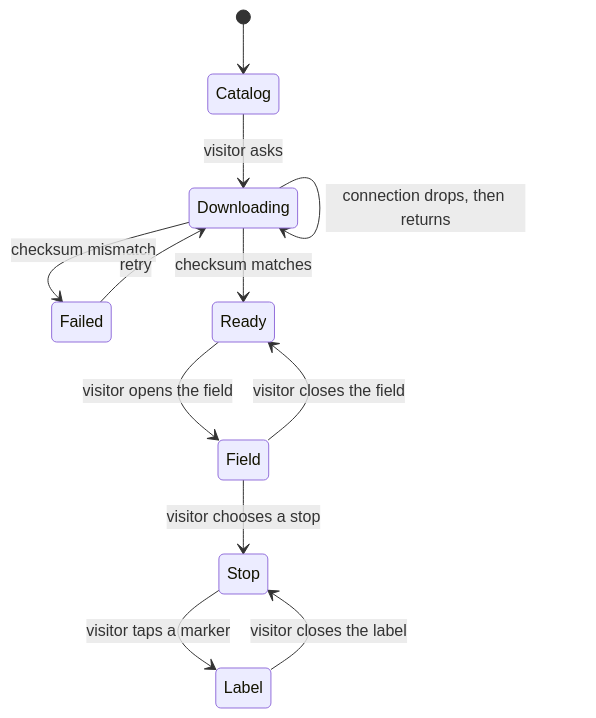
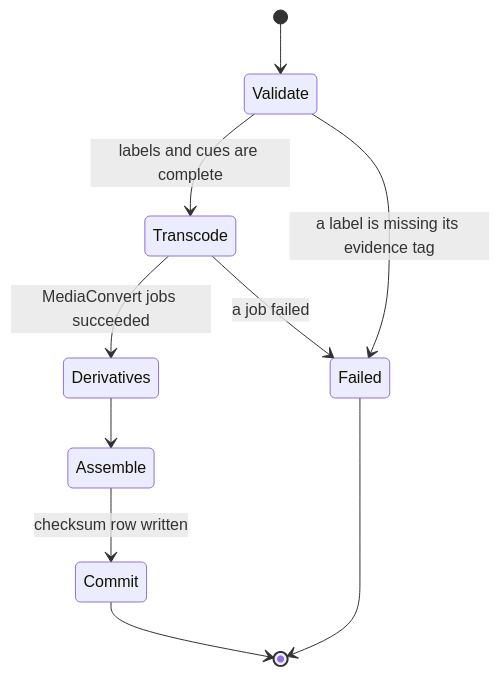
The diagram in ARCHITECTURE.md (bahceciersinemre-code/odyssey-app), drawn with Mermaid before and after one commit. The commit also changed other lines of this file, not shown here.

````diff
--- a/ARCHITECTURE.md
+++ b/ARCHITECTURE.md
@@ -129,14 +133,12 @@
 ```mermaid
 stateDiagram-v2
-  [*] --> Catalog
-  Catalog --> Downloading: visitor asks
-  Downloading --> Downloading: connection drops, then returns
-  Downloading --> Failed: checksum mismatch
-  Failed --> Downloading: retry
-  Downloading --> Ready: checksum matches
-  Ready --> Field: visitor opens the field
-  Field --> Stop: visitor chooses a stop
-  Stop --> Label: visitor taps a marker
-  Label --> Stop: visitor closes the label
-  Field --> Ready: visitor closes the field
+  [*] --> Validate
+  Validate --> Transcode: labels and cues are complete
+  Validate --> Failed: a label is missing its evidence tag
+  Transcode --> Derivatives: MediaConvert jobs succeeded
+  Transcode --> Failed: a job failed
+  Derivatives --> Assemble
+  Assemble --> Commit: checksum row written
+  Commit --> [*]
+  Failed --> [*]
 ```
````
